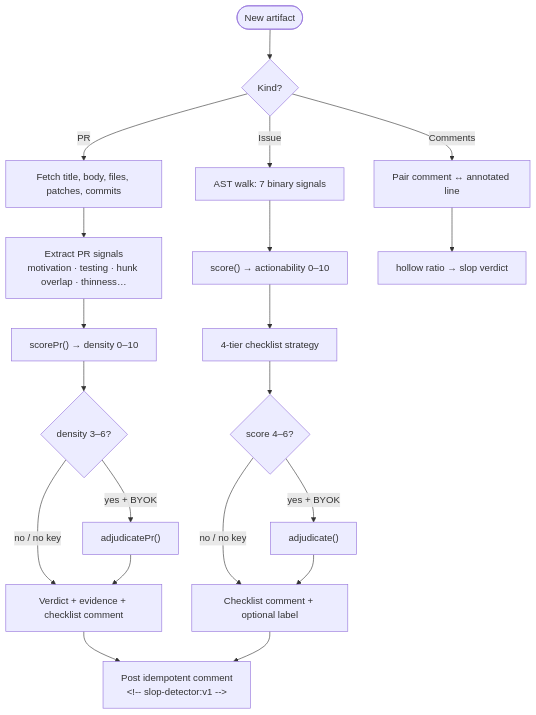
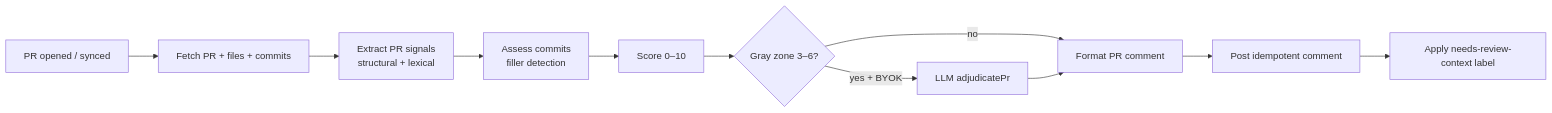
Before and after one commit to sneha-yadav1111/slop-detector: the third of 7 diagrams in README.md, drawn with Mermaid. The commit also changed other lines of this file and 4 other files, not shown here.

````diff
--- a/README.md
+++ b/README.md
@@ -116,26 +182,13 @@
 ```mermaid
-flowchart TD
-  START([New artifact]) --> KIND{Kind?}
-
-  KIND -->|PR| FETCH["Fetch title, body, files, patches, commits"]
-  FETCH --> PR_SIG["Extract PR signals<br/>motivation · testing · hunk overlap · thinness…"]
-  PR_SIG --> PR_SCORE["scorePr() → density 0–10"]
-  PR_SCORE --> PR_GRAY{density 3–6?}
-  PR_GRAY -->|yes + BYOK| PR_LLM["adjudicatePr()"]
-  PR_GRAY -->|no / no key| PR_OUT
-  PR_LLM --> PR_OUT["Verdict + evidence + checklist comment"]
-
-  KIND -->|Issue| ISS_SIG["AST walk: 7 binary signals"]
-  ISS_SIG --> ISS_SCORE["score() → actionability 0–10"]
-  ISS_SCORE --> ISS_CHK["4-tier checklist strategy"]
-  ISS_CHK --> ISS_GRAY{score 4–6?}
-  ISS_GRAY -->|yes + BYOK| ISS_LLM["adjudicate()"]
-  ISS_GRAY -->|no / no key| ISS_OUT
-  ISS_LLM --> ISS_OUT["Checklist comment + optional label"]
-
-  KIND -->|Comments| CMT["Pair comment ↔ annotated line"]
-  CMT --> CMT_OUT["hollow ratio → slop verdict"]
-
-  PR_OUT --> POST["Post idempotent comment<br/>&lt;!-- slop-detector:v1 --&gt;"]
-  ISS_OUT --> POST
+flowchart LR
+  A[PR opened / synced] --> B[Fetch PR + files + commits]
+  B --> C[Extract PR signals<br/>structural + lexical]
+  C --> D[Assess commits<br/>filler detection]
+  D --> E[Score 0–10]
+  E --> F{Gray zone 3–6?}
+  F -->|yes + BYOK| G[LLM adjudicatePr]
+  F -->|no| H[Format PR comment]
+  G --> H
+  H --> I[Post idempotent comment]
+  I --> J[Apply needs-review-context label]
 ```
````
